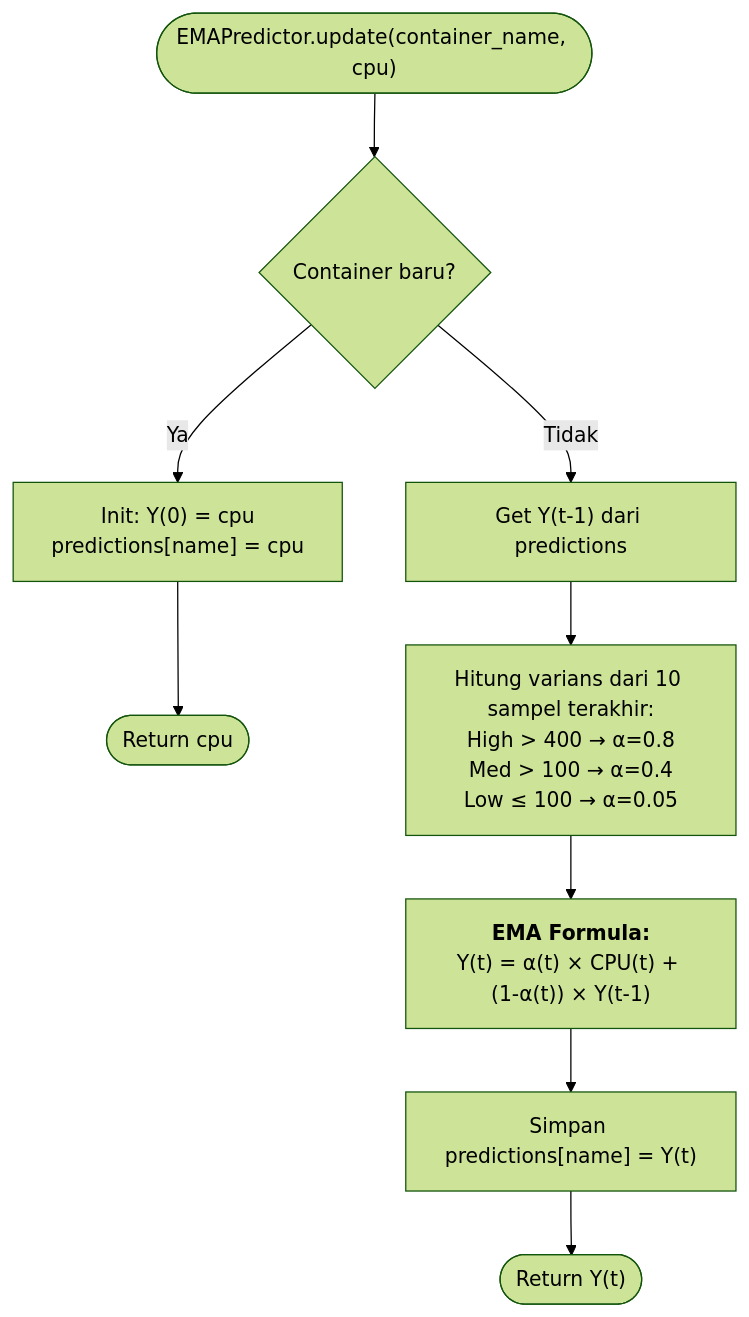
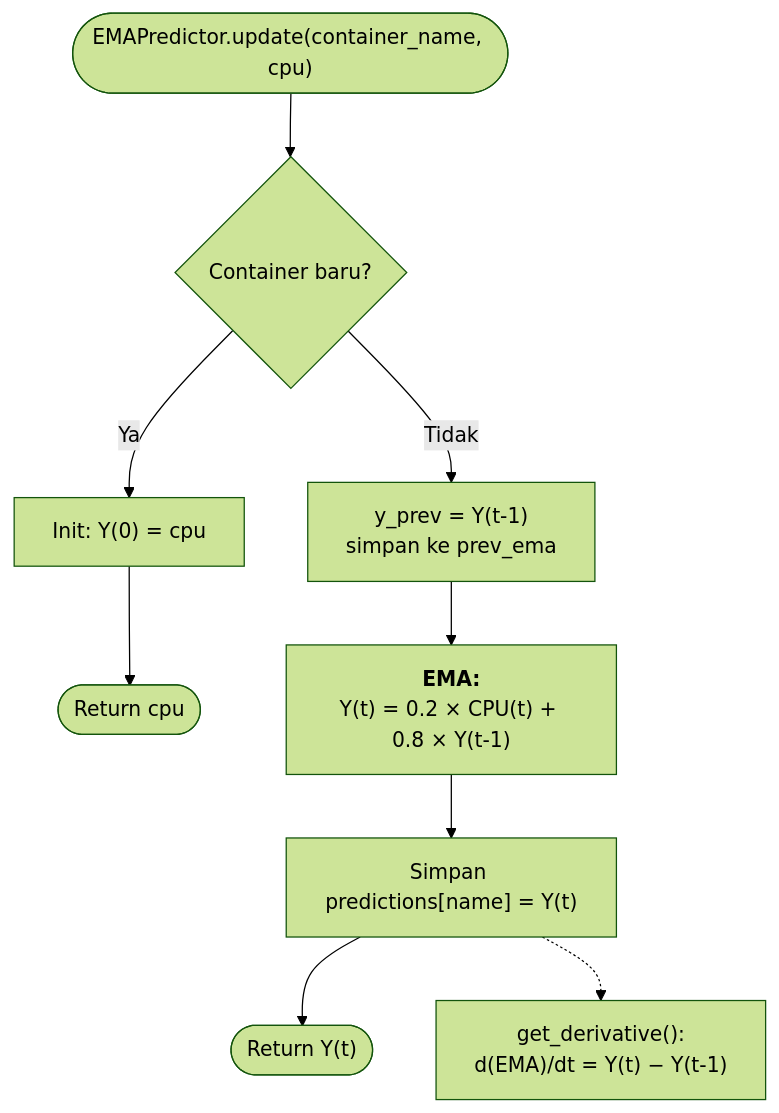
Before and after one commit to fauzanreza/green-container-framework: the first of 2 diagrams in architecture-diagrams/layer-3-control/03_ema_predictor.md, drawn with Mermaid (forest theme). The commit also changed other lines of this file and 21 other files, not shown here.

````diff
--- a/architecture-diagrams/layer-3-control/03_ema_predictor.md
+++ b/architecture-diagrams/layer-3-control/03_ema_predictor.md
@@ -9,27 +11,22 @@
 ```mermaid
 flowchart TD
     START(["EMAPredictor.update(container_name, cpu)"])
 
     FIRST{"Container baru?"}
-    INIT["Init: Y(0) = cpu<br/>predictions[name] = cpu"]
+    INIT["Init: Y(0) = cpu"]
     RETURN_INIT(["Return cpu"])
 
-    GET_PREV["Get Y(t-1) dari predictions"]
-    
-    CALC_VAR["Hitung varians dari 10 sampel terakhir:<br/>High > 400 → α=0.8<br/>Med > 100 → α=0.4<br/>Low ≤ 100 → α=0.05"]
+    GET_PREV["y_prev = Y(t-1)<br/>simpan ke prev_ema"]
 
-    CALC["<b>EMA Formula:</b><br/>Y(t) = α(t) × CPU(t) + (1-α(t)) × Y(t-1)"]
+    CALC["<b>EMA:</b><br/>Y(t) = 0.2 × CPU(t) + 0.8 × Y(t-1)"]
 
     SAVE["Simpan predictions[name] = Y(t)"]
-
     RETURN(["Return Y(t)"])
 
+    DERIV["get_derivative():<br/>d(EMA)/dt = Y(t) − Y(t-1)"]
+
     START --> FIRST
-    FIRST -->|Ya| INIT
-    INIT --> RETURN_INIT
-    FIRST -->|Tidak| GET_PREV
-    GET_PREV --> CALC_VAR
-    CALC_VAR --> CALC
-    CALC --> SAVE
-    SAVE --> RETURN
+    FIRST -->|Ya| INIT --> RETURN_INIT
+    FIRST -->|Tidak| GET_PREV --> CALC --> SAVE --> RETURN
+    SAVE -.-> DERIV
 ```
````
